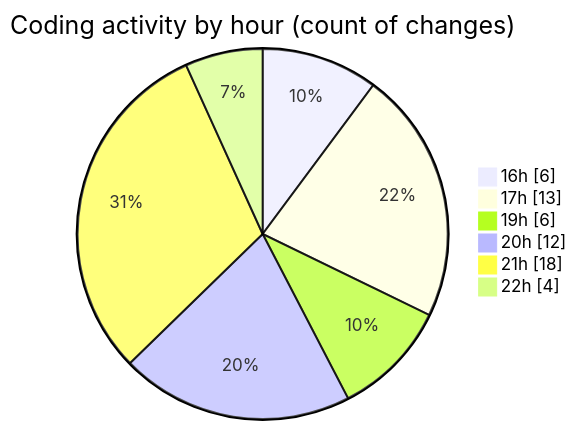
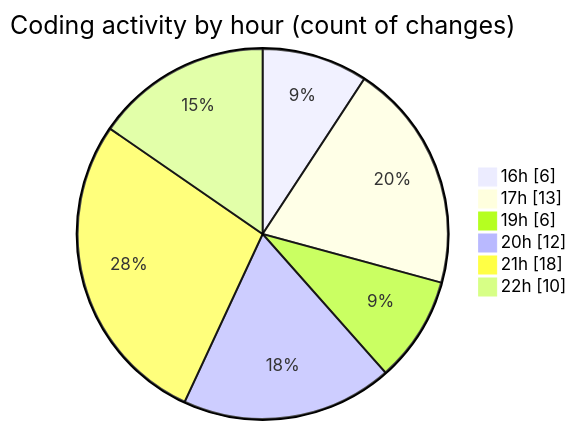
The second of 2 diagrams in 2025-06-22/studio-backend/README.md (idhammustaqopulfikri/code-tracking), drawn with Mermaid before and after one commit. The commit also changed other lines of this file and 1 other file, not shown here.

````diff
--- a/2025-06-22/studio-backend/README.md
+++ b/2025-06-22/studio-backend/README.md
@@ -38,10 +39,10 @@
 ```mermaid
 pie showData
 title Coding activity by hour (count of changes)
 "16h" : 6
 "17h" : 13
 "19h" : 6
 "20h" : 12
 "21h" : 18
-"22h" : 4
+"22h" : 10
 ```
````
